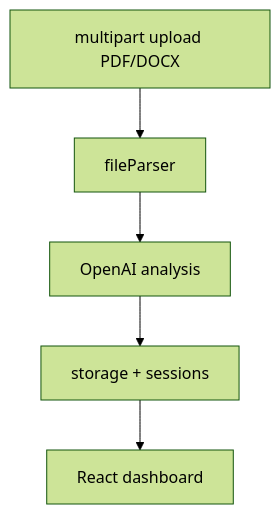
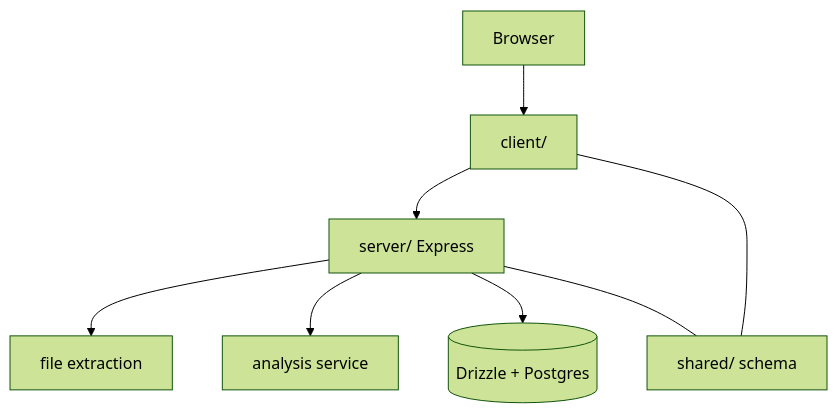
One commit to Aneesh495/covenant changed the diagram in docs/ARCHITECTURE.md. Above: the diagram before and after it, drawn with Mermaid (forest theme). The commit also changed other lines of this file, not shown here.

Commit message:
Describe upload parsing and session-scoped analysis storage

````diff
--- a/docs/ARCHITECTURE.md
+++ b/docs/ARCHITECTURE.md
@@ -3,7 +3,10 @@
 ```mermaid
 flowchart TB
-  Upload[multipart upload PDF/DOCX] --> Parse[fileParser]
-  Parse --> LLM[OpenAI analysis]
-  LLM --> Store[storage + sessions]
-  Store --> UI[React dashboard]
+  Browser --> Web[client/]
+  Web --> API[server/ Express]
+  API --> Parser[file extraction]
+  API --> Model[analysis service]
+  API --> DB[(Drizzle + Postgres)]
+  Web --- Shared[shared/ schema]
+  API --- Shared
 ```
````
